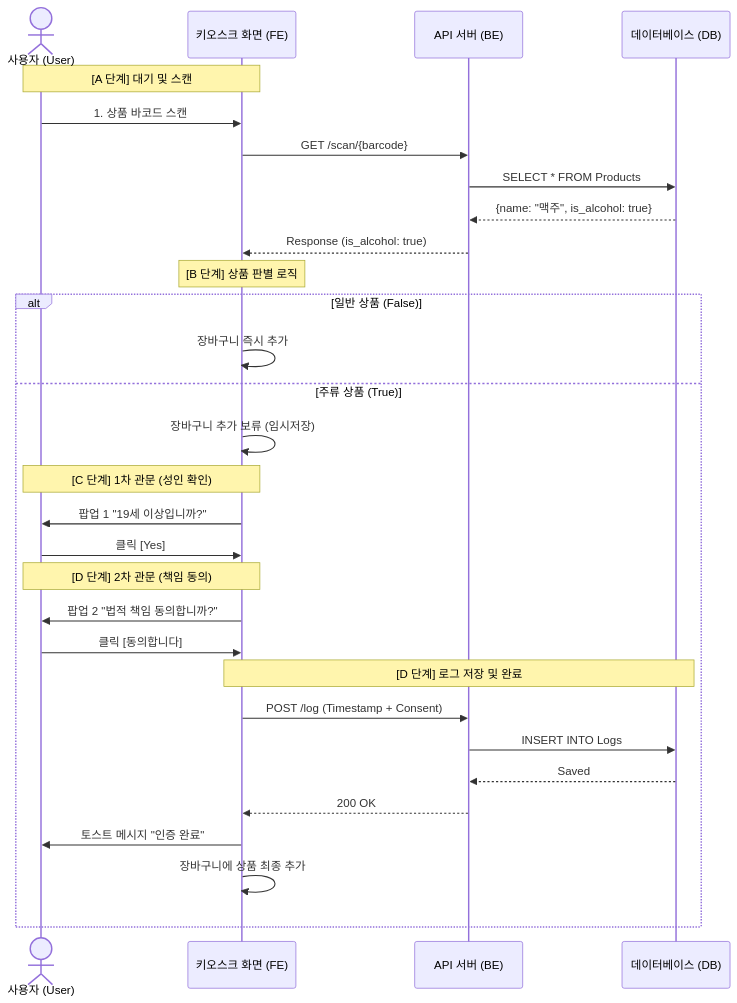
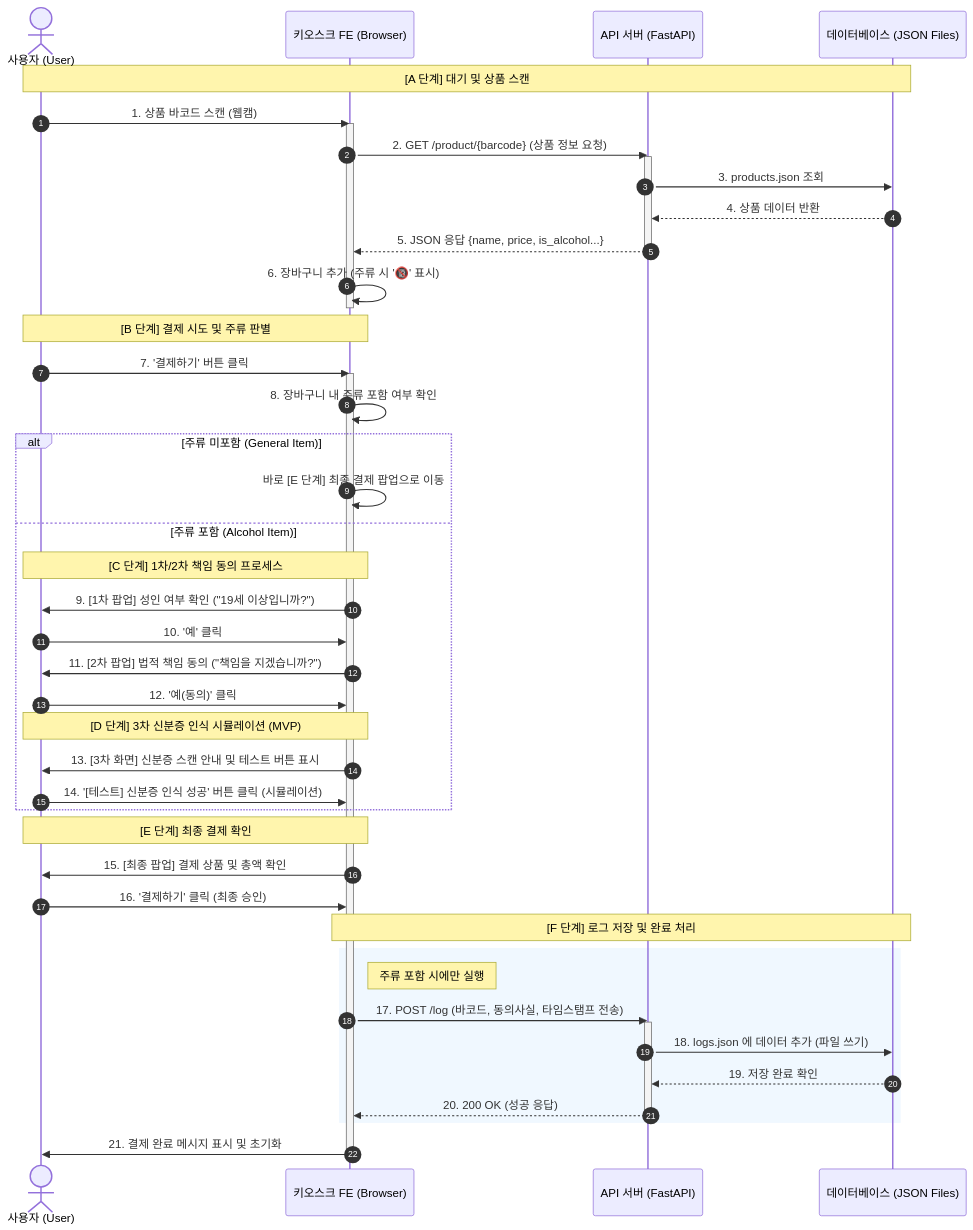
One commit to ooyoo80/Codyssey_Term_Project changed the diagram in docs/Sequence_Diagram.mmd. Above: the diagram before and after it, drawn with Mermaid. The commit also changed other lines of this file and 1 other file, not shown here.

```diff
--- a/docs/Sequence_Diagram.mmd
+++ b/docs/Sequence_Diagram.mmd
@@ -1,35 +1,55 @@
 sequenceDiagram
+    autonumber
     actor User as 사용자 (User)
-    participant Front as 키오스크 화면 (FE)
-    participant Server as API 서버 (BE)
-    participant DB as 데이터베이스 (DB)
+    participant FE as 키오스크 FE (Browser)
+    participant BE as API 서버 (FastAPI)
+    participant DB as 데이터베이스 (JSON Files)
 
-    Note over User, Front: [A 단계] 대기 및 스캔
-    User->>Front: 1. 상품 바코드 스캔
-    Front->>Server: GET /scan/{barcode}
-    Server->>DB: SELECT * FROM Products
-    DB-->>Server: {name: "맥주", is_alcohol: true}
-    Server-->>Front: Response (is_alcohol: true)
+    Note over User, DB: [A 단계] 대기 및 상품 스캔
+    User->>FE: 1. 상품 바코드 스캔 (웹캠)
+    activate FE
+    FE->>BE: 2. GET /product/{barcode} (상품 정보 요청)
+    activate BE
+    BE->>DB: 3. products.json 조회
+    DB-->>BE: 4. 상품 데이터 반환
+    BE-->>FE: 5. JSON 응답 {name, price, is_alcohol...}
+    deactivate BE
+    FE->>FE: 6. 장바구니 추가 (주류 시 '🔞' 표시)
+    deactivate FE
 
-    Note over Front, Front: [B 단계] 상품 판별 로직
-    alt 일반 상품 (False)
-        Front->>Front: 장바구니 즉시 추가
-    else 주류 상품 (True)
-        Front->>Front: 장바구니 추가 보류 (임시저장)
-        
-        Note over User, Front: [C 단계] 1차 관문 (성인 확인)
-        Front->>User: 팝업 1 "19세 이상입니까?"
-        User->>Front: 클릭 [Yes]
-        
-        Note over User, Front: [D 단계] 2차 관문 (책임 동의)
-        Front->>User: 팝업 2 "법적 책임 동의합니까?"
-        User->>Front: 클릭 [동의합니다]
+    Note over User, FE: [B 단계] 결제 시도 및 주류 판별
+    User->>FE: 7. '결제하기' 버튼 클릭
+    activate FE
+    FE->>FE: 8. 장바구니 내 주류 포함 여부 확인
 
-        Note over Front, DB: [D 단계] 로그 저장 및 완료
-        Front->>Server: POST /log (Timestamp + Consent)
-        Server->>DB: INSERT INTO Logs
-        DB-->>Server: Saved
-        Server-->>Front: 200 OK
-        Front->>User: 토스트 메시지 "인증 완료"
-        Front->>Front: 장바구니에 상품 최종 추가
+    alt 주류 미포함 (General Item)
+        FE->>FE: 바로 [E 단계] 최종 결제 팝업으로 이동
+    else 주류 포함 (Alcohol Item)
+        Note over User, FE: [C 단계] 1차/2차 책임 동의 프로세스
+        FE->>User: 9. [1차 팝업] 성인 여부 확인 ("19세 이상입니까?")
+        User->>FE: 10. '예' 클릭
+        FE->>User: 11. [2차 팝업] 법적 책임 동의 ("책임을 지겠습니까?")
+        User->>FE: 12. '예(동의)' 클릭
+
+        Note over User, FE: [D 단계] 3차 신분증 인식 시뮬레이션 (MVP)
+        FE->>User: 13. [3차 화면] 신분증 스캔 안내 및 테스트 버튼 표시
+        User->>FE: 14. '[테스트] 신분증 인식 성공' 버튼 클릭 (시뮬레이션)
     end
+    
+    Note over User, FE: [E 단계] 최종 결제 확인
+    FE->>User: 15. [최종 팝업] 결제 상품 및 총액 확인
+    User->>FE: 16. '결제하기' 클릭 (최종 승인)
+
+    Note over FE, DB: [F 단계] 로그 저장 및 완료 처리
+    rect rgb(240, 248, 255)
+    note right of FE: 주류 포함 시에만 실행
+    FE->>BE: 17. POST /log (바코드, 동의사실, 타임스탬프 전송)
+    activate BE
+    BE->>DB: 18. logs.json 에 데이터 추가 (파일 쓰기)
+    DB-->>BE: 19. 저장 완료 확인
+    BE-->>FE: 20. 200 OK (성공 응답)
+    deactivate BE
+    end
+
+    FE->>User: 21. 결제 완료 메시지 표시 및 초기화
+    deactivate FE
```
